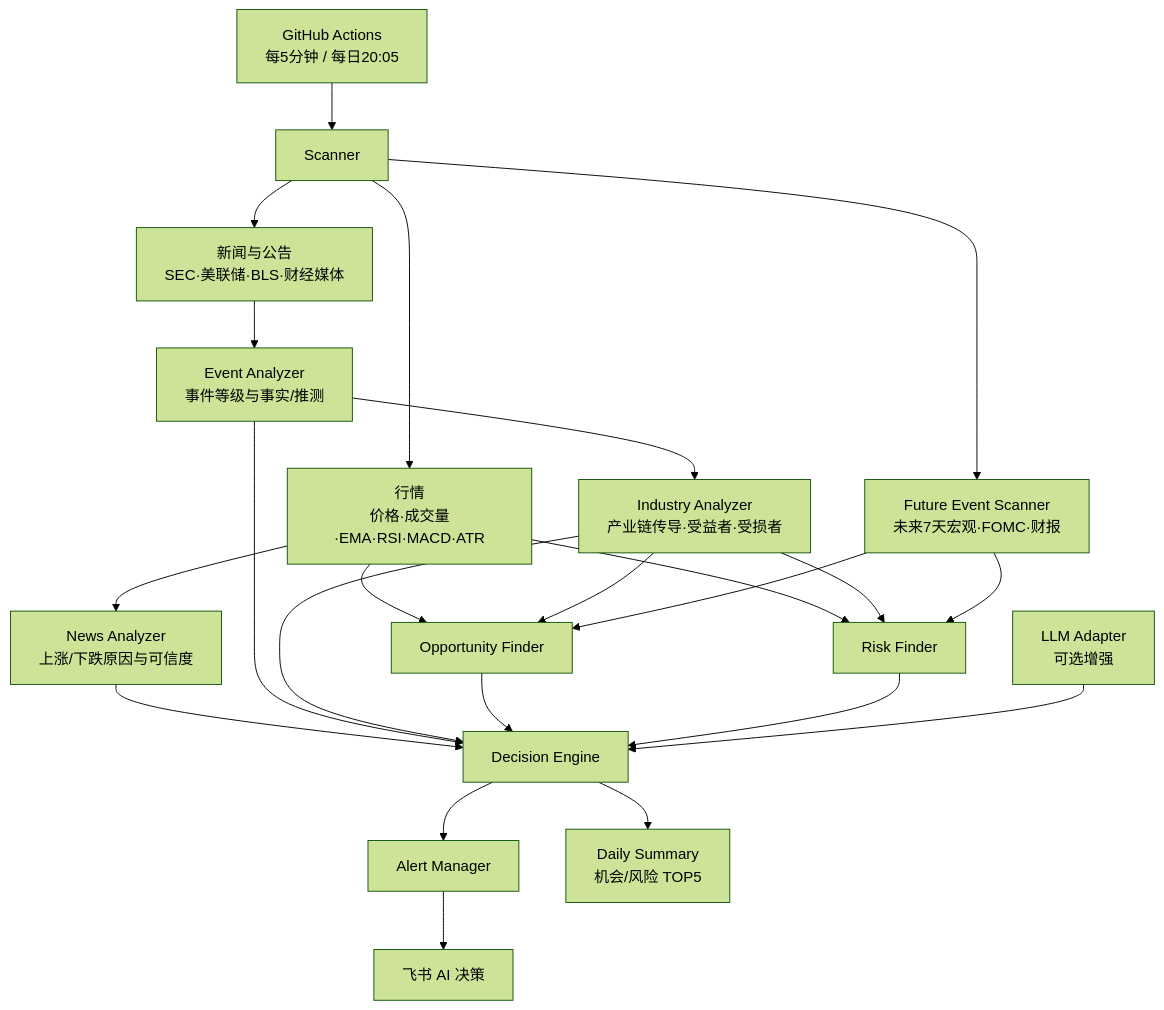
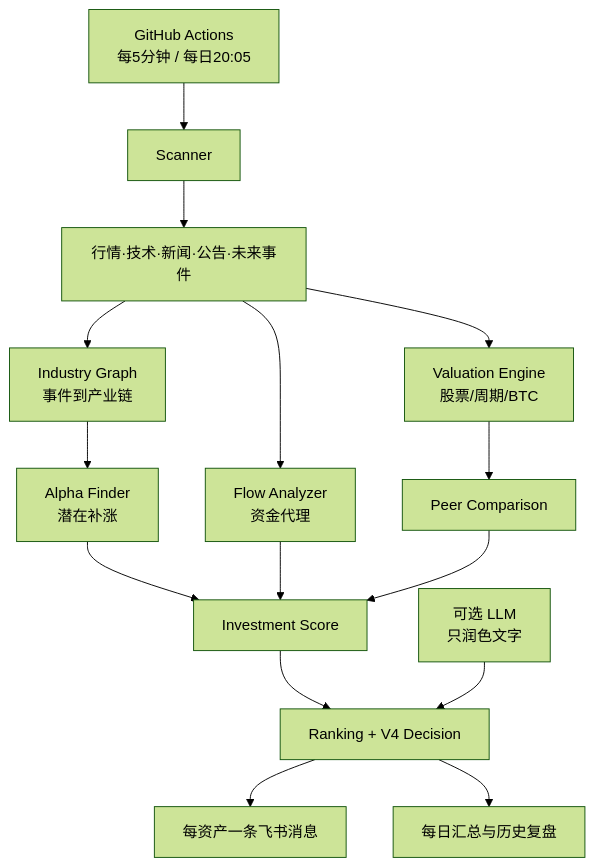
One commit to corleoneJ/investment-os changed the first of 2 diagrams in README.md. Above: the diagram before and after it, drawn with Mermaid (forest theme). The commit also changed other lines of this file and 55 other files, not shown here.

````diff
--- a/README.md
+++ b/README.md
@@ -21,25 +9,17 @@
 ```mermaid
 flowchart TD
-    A["GitHub Actions<br/>每5分钟 / 每日20:05"] --> B["Scanner"]
-    B --> C["行情<br/>价格·成交量·EMA·RSI·MACD·ATR"]
-    B --> D["新闻与公告<br/>SEC·美联储·BLS·财经媒体"]
-    B --> E["Future Event Scanner<br/>未来7天宏观·FOMC·财报"]
-    C --> F["News Analyzer<br/>上涨/下跌原因与可信度"]
-    D --> G["Event Analyzer<br/>事件等级与事实/推测"]
-    G --> H["Industry Analyzer<br/>产业链传导·受益者·受损者"]
-    C --> I["Opportunity Finder"]
-    H --> I
-    E --> I
-    C --> J["Risk Finder"]
-    H --> J
-    E --> J
-    F --> K["Decision Engine"]
-    G --> K
-    H --> K
-    I --> K
-    J --> K
-    L["LLM Adapter<br/>可选增强"] --> K
-    K --> M["Alert Manager"]
-    M --> N["飞书 AI 决策"]
-    K --> O["Daily Summary<br/>机会/风险 TOP5"]
+  A["GitHub Actions<br/>每5分钟 / 每日20:05"] --> B["Scanner"]
+  B --> C["行情·技术·新闻·公告·未来事件"]
+  C --> D["Industry Graph<br/>事件到产业链"]
+  D --> E["Alpha Finder<br/>潜在补涨"]
+  C --> F["Flow Analyzer<br/>资金代理"]
+  C --> G["Valuation Engine<br/>股票/周期/BTC"]
+  G --> H["Peer Comparison"]
+  E --> I["Investment Score"]
+  F --> I
+  H --> I
+  I --> J["Ranking + V4 Decision"]
+  J --> K["每资产一条飞书消息"]
+  J --> L["每日汇总与历史复盘"]
+  M["可选 LLM<br/>只润色文字"] --> J
 ```
````
